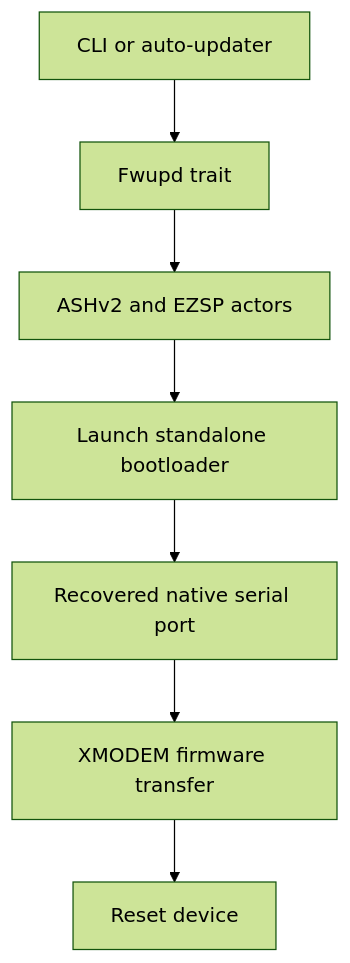
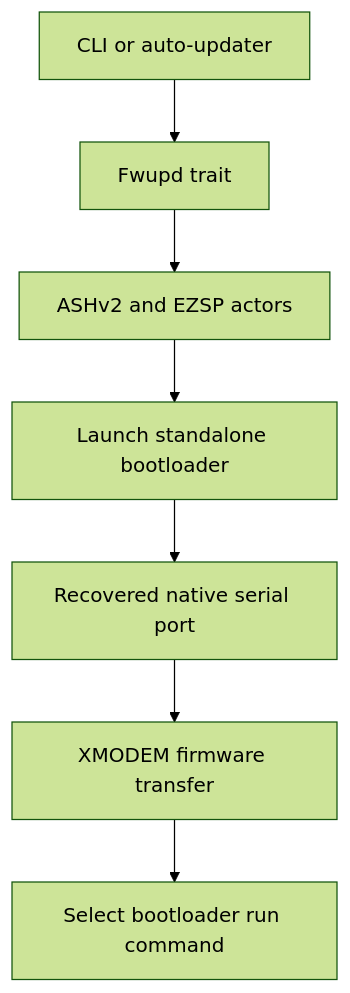
The first of 2 diagrams in ARCHITECTURE.md (PaulmannLighting/ezsp-fwupd), drawn with Mermaid (forest theme) before and after one commit. The commit also changed other lines of this file and 10 other files, not shown here.

````diff
--- a/ARCHITECTURE.md
+++ b/ARCHITECTURE.md
@@ -9,9 +9,9 @@
 ```mermaid
 flowchart TD
     Caller[CLI or auto-updater] --> Fwupd[Fwupd trait]
     Fwupd --> Actors[ASHv2 and EZSP actors]
     Actors --> Bootloader[Launch standalone bootloader]
     Bootloader --> Serial[Recovered native serial port]
     Serial --> Xmodem[XMODEM firmware transfer]
-    Xmodem --> Reset[Reset device]
+    Xmodem --> RunApplication[Select bootloader run command]
 ```
````
